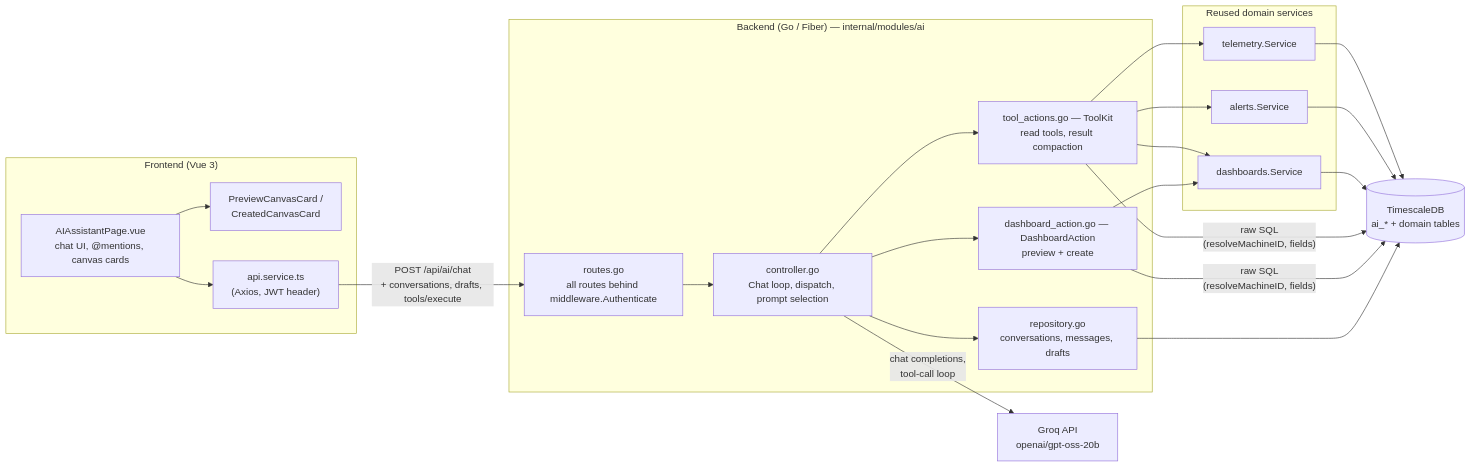
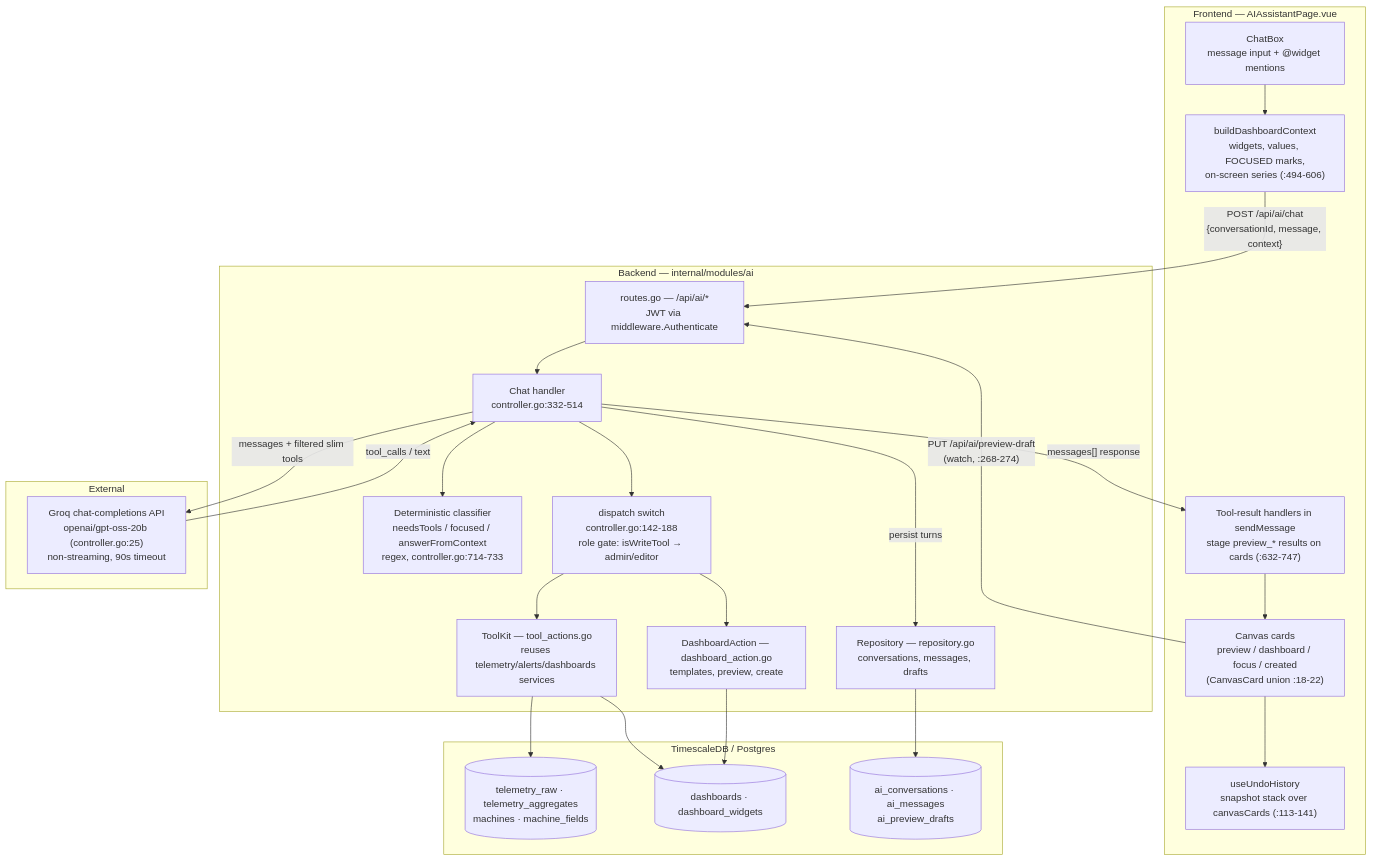
Before and after one commit to pepegummo/Project-Dashboard: the first of 3 diagrams in docs/AI_MODULE_DETAILED.md, drawn with Mermaid. The commit also changed other lines of this file and 6 other files, not shown here.

````diff
--- a/docs/AI_MODULE_DETAILED.md
+++ b/docs/AI_MODULE_DETAILED.md
@@ -13,39 +18,49 @@
 ```mermaid
-flowchart LR
-    subgraph FE["Frontend (Vue 3)"]
-        PAGE["AIAssistantPage.vue<br/>chat UI, @mentions, canvas cards"]
-        PREVIEW["PreviewCanvasCard /<br/>CreatedCanvasCard"]
-        API["api.service.ts<br/>(Axios, JWT header)"]
-        PAGE --> PREVIEW
-        PAGE --> API
+flowchart TB
+    subgraph FE["Frontend — AIAssistantPage.vue"]
+        CHATBOX["ChatBox<br/>message input + @widget mentions"]
+        CTX["buildDashboardContext<br/>widgets, values, FOCUSED marks,<br/>on-screen series (:494-606)"]
+        CARDS["Canvas cards<br/>preview / dashboard / focus / created<br/>(CanvasCard union :18-22)"]
+        HANDLERS["Tool-result handlers in sendMessage<br/>stage preview_* results on cards (:632-747)"]
+        UNDO["useUndoHistory<br/>snapshot stack over canvasCards (:113-141)"]
     end
 
-    subgraph BE["Backend (Go / Fiber) — internal/modules/ai"]
-        ROUTES["routes.go<br/>all routes behind middleware.Authenticate"]
-        CTRL["controller.go<br/>Chat loop, dispatch, prompt selection"]
-        TK["tool_actions.go — ToolKit<br/>read tools, result compaction"]
-        DA["dashboard_action.go — DashboardAction<br/>preview + create"]
-        REPO["repository.go<br/>conversations, messages, drafts"]
-        ROUTES --> CTRL
-        CTRL --> TK
-        CTRL --> DA
-        CTRL --> REPO
+    subgraph BE["Backend — internal/modules/ai"]
+        ROUTES["routes.go — /api/ai/*<br/>JWT via middleware.Authenticate"]
+        CHAT["Chat handler<br/>controller.go:332-514"]
+        CLASS["Deterministic classifier<br/>needsTools / focused / answerFromContext<br/>regex, controller.go:714-733"]
+        DISPATCH["dispatch switch<br/>controller.go:142-188<br/>role gate: isWriteTool → admin/editor"]
+        TK["ToolKit — tool_actions.go<br/>reuses telemetry/alerts/dashboards services"]
+        DA["DashboardAction — dashboard_action.go<br/>templates, preview, create"]
+        REPO["Repository — repository.go<br/>conversations, messages, drafts"]
     end
 
-    subgraph SVC["Reused domain services"]
-        TEL["telemetry.Service"]
-        AL["alerts.Service"]
-        DASH["dashboards.Service"]
+    subgraph EXT["External"]
+        GROQ["Groq chat-completions API<br/>openai/gpt-oss-20b (controller.go:25)<br/>non-streaming, 90s timeout"]
     end
 
-    GROQ["Groq API<br/>openai/gpt-oss-20b"]
-    DB[("TimescaleDB<br/>ai_* + domain tables")]
+    subgraph DB["TimescaleDB / Postgres"]
+        TEL[("telemetry_raw · telemetry_aggregates<br/>machines · machine_fields")]
+        DASHT[("dashboards · dashboard_widgets")]
+        AIT[("ai_conversations · ai_messages<br/>ai_preview_drafts")]
+    end
 
-    API -- "POST /api/ai/chat<br/>+ conversations, drafts, tools/execute" --> ROUTES
-    CTRL -- "chat completions,<br/>tool-call loop" --> GROQ
-    TK --> TEL & AL & DASH
-    DA --> DASH
-    TEL & AL & DASH --> DB
-    TK & DA -- "raw SQL<br/>(resolveMachineID, fields)" --> DB
-    REPO --> DB
+    CHATBOX --> CTX
+    CTX -- "POST /api/ai/chat<br/>{conversationId, message, context}" --> ROUTES
+    ROUTES --> CHAT
+    CHAT --> CLASS
+    CHAT -- "messages + filtered slim tools" --> GROQ
+    GROQ -- "tool_calls / text" --> CHAT
+    CHAT --> DISPATCH
+    DISPATCH --> TK
+    DISPATCH --> DA
+    TK --> TEL
+    TK --> DASHT
+    DA --> DASHT
+    CHAT -- "persist turns" --> REPO
+    REPO --> AIT
+    CHAT -- "messages[] response" --> HANDLERS
+    HANDLERS --> CARDS
+    CARDS --> UNDO
+    CARDS -- "PUT /api/ai/preview-draft<br/>(watch, :268-274)" --> ROUTES
 ```
````
